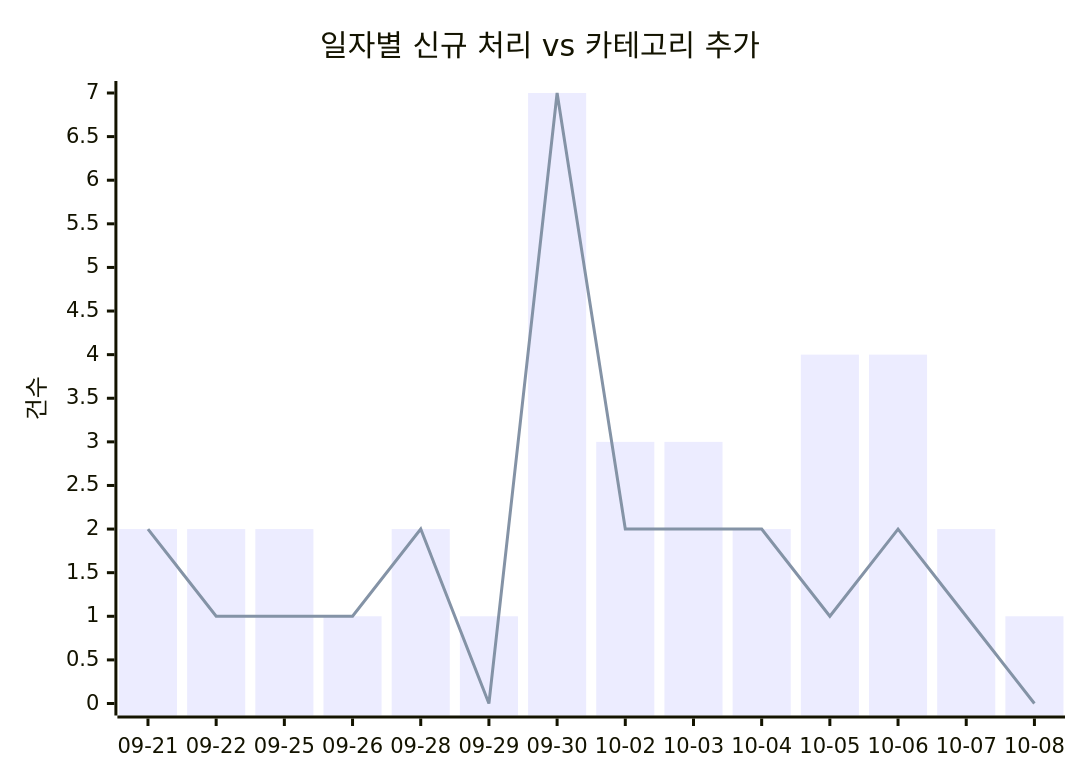
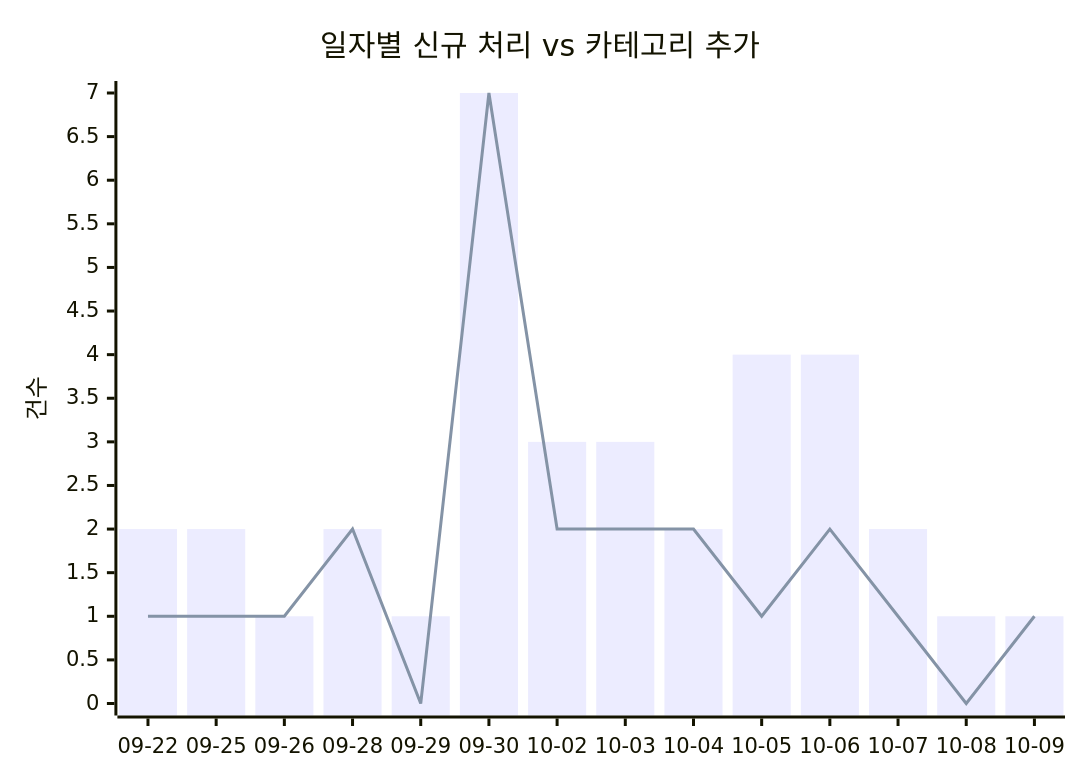
One commit to J-nowcow/awesome-korean-agent-skills changed the first of 2 diagrams in docs/trends.md. Above: the diagram before and after it, drawn with Mermaid. The commit also changed other lines of this file, not shown here.

````diff
--- a/docs/trends.md
+++ b/docs/trends.md
@@ -32,8 +32,8 @@
 ```mermaid
 xychart-beta
     title "일자별 신규 처리 vs 카테고리 추가"
-    x-axis ["09-21","09-22","09-25","09-26","09-28","09-29","09-30","10-02","10-03","10-04","10-05","10-06","10-07","10-08"]
+    x-axis ["09-22","09-25","09-26","09-28","09-29","09-30","10-02","10-03","10-04","10-05","10-06","10-07","10-08","10-09"]
     y-axis "건수"
-    bar [2,2,2,1,2,1,7,3,3,2,4,4,2,1]
-    line [2,1,1,1,2,0,7,2,2,2,1,2,1,0]
+    bar [2,2,1,2,1,7,3,3,2,4,4,2,1,1]
+    line [1,1,1,2,0,7,2,2,2,1,2,1,0,1]
 ```
````
